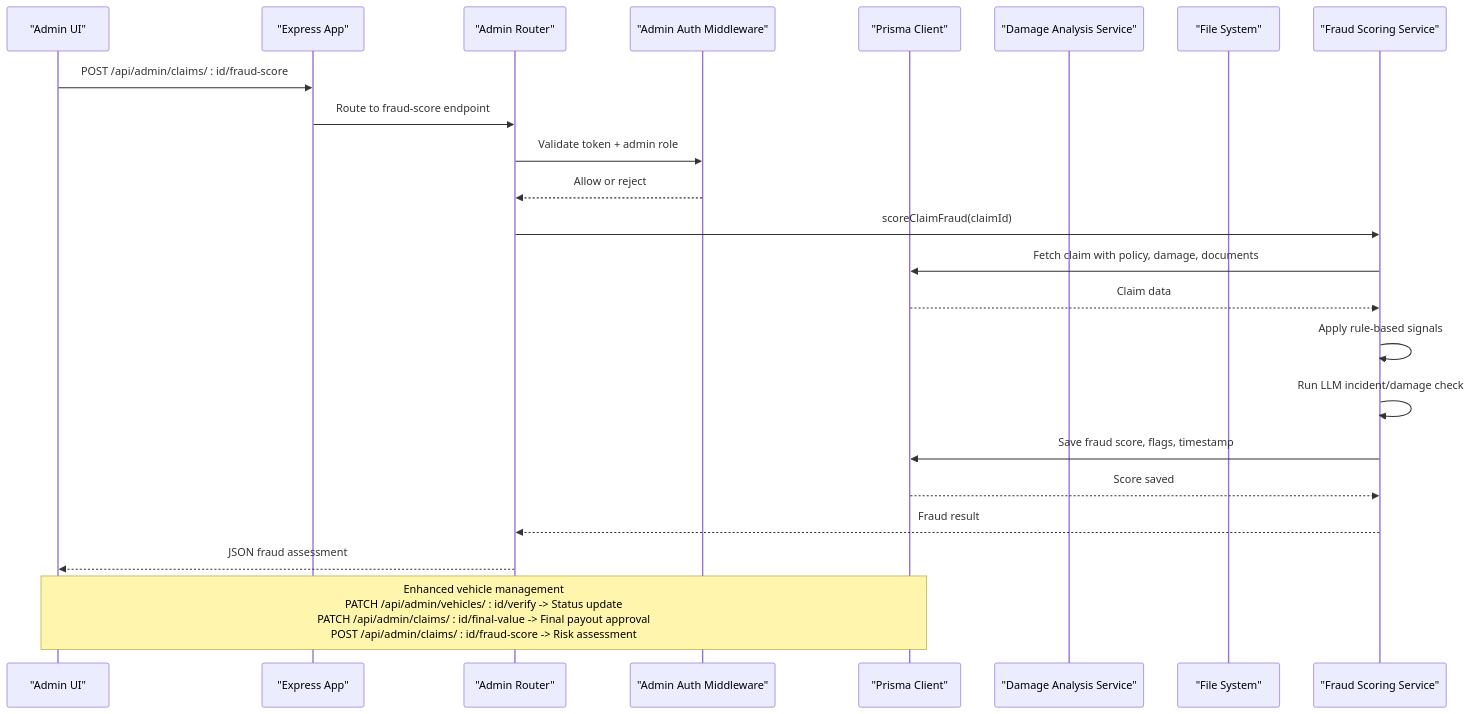
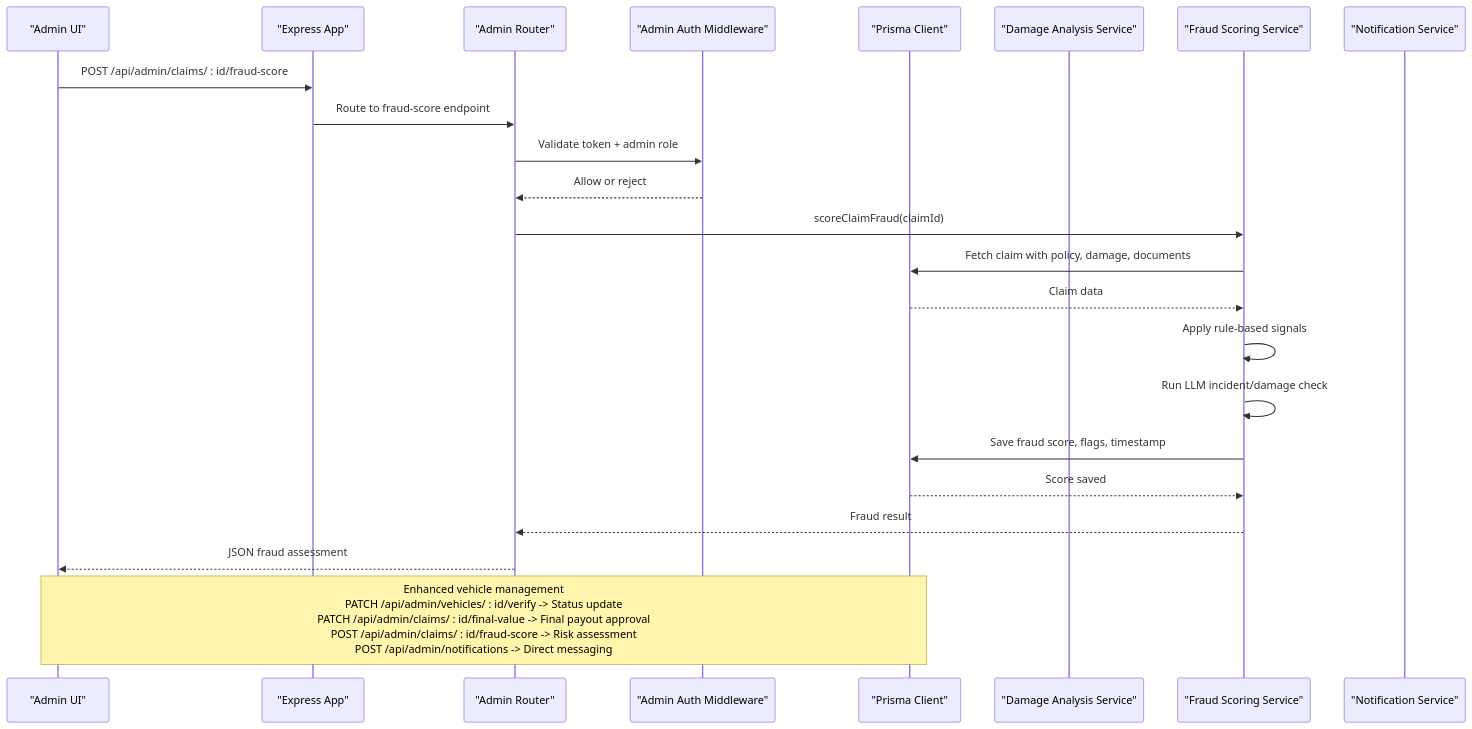
One commit to NaveenHiranya/Smart-Vehicle-Insurance-Claim-System changed the second of 13 diagrams in .qoder/repowiki/en/content/Backend Documentation/API Endpoints Reference/Administrative Endpoints.md. Above: the diagram before and after it, drawn with Mermaid. The commit also changed other lines of this file and 46 other files, not shown here.

````diff
--- a/.qoder/repowiki/en/content/Backend Documentation/API Endpoints Reference/Administrative Endpoints.md
+++ b/.qoder/repowiki/en/content/Backend Documentation/API Endpoints Reference/Administrative Endpoints.md
@@ -130,25 +136,25 @@
 ```mermaid
 sequenceDiagram
 participant FE as "Admin UI"
 participant API as "Express App"
 participant AR as "Admin Router"
 participant MA as "Admin Auth Middleware"
 participant DB as "Prisma Client"
 participant DS as "Damage Analysis Service"
-participant FS as "File System"
 participant FRS as "Fraud Scoring Service"
+participant NS as "Notification Service"
 FE->>API : POST /api/admin/claims/ : id/fraud-score
 API->>AR : Route to fraud-score endpoint
 AR->>MA : Validate token + admin role
 MA-->>AR : Allow or reject
 AR->>FRS : scoreClaimFraud(claimId)
 FRS->>DB : Fetch claim with policy, damage, documents
 DB-->>FRS : Claim data
 FRS->>FRS : Apply rule-based signals
 FRS->>FRS : Run LLM incident/damage check
 FRS->>DB : Save fraud score, flags, timestamp
 DB-->>FRS : Score saved
 FRS-->>AR : Fraud result
 AR-->>FE : JSON fraud assessment
-Note over FE,DB : Enhanced vehicle management<br/>PATCH /api/admin/vehicles/ : id/verify -> Status update<br/>PATCH /api/admin/claims/ : id/final-value -> Final payout approval<br/>POST /api/admin/claims/ : id/fraud-score -> Risk assessment
+Note over FE,DB : Enhanced vehicle management<br/>PATCH /api/admin/vehicles/ : id/verify -> Status update<br/>PATCH /api/admin/claims/ : id/final-value -> Final payout approval<br/>POST /api/admin/claims/ : id/fraud-score -> Risk assessment<br/>POST /api/admin/notifications -> Direct messaging
 ```
````
